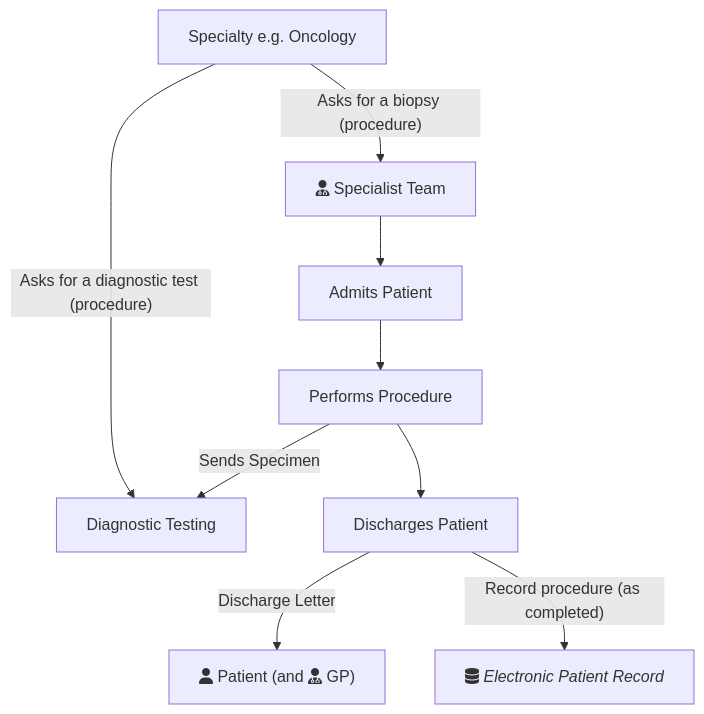
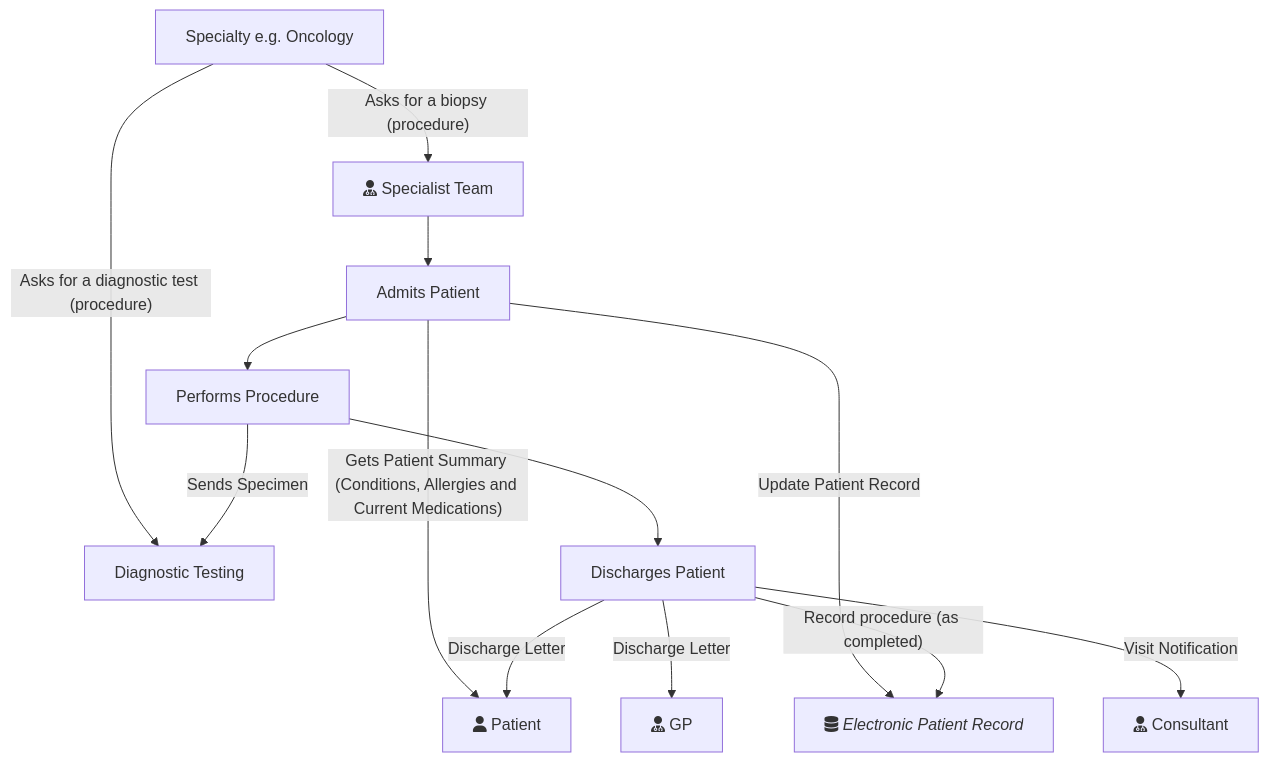
The third of 3 diagrams in input/pagecontent/index.md (uk-gov-mirror/nw-gmsa.nw-gmsa.github.com), drawn with Mermaid before and after one commit. The commit also changed other lines of this file, not shown here.

Commit message:
Diagnostic Implication

````diff
--- a/input/pagecontent/index.md
+++ b/input/pagecontent/index.md
@@ -77,12 +80,16 @@
 ```mermaid
 graph TD;
 
     Oncology[Specialty e.g. Oncology] --> |"Asks for a biopsy (procedure)"| SpecialistTeam[fas:fa-user-md Specialist Team]
     Oncology --> |"Asks for a diagnostic test (procedure)"| DiagnosticTesting[Diagnostic Testing]
     SpecialistTeam --> Admits[Admits Patient]
     Admits --> Performs[Performs Procedure]
+    Admits --> |"Gets Patient Summary <br/>(Conditions, Allergies and Current Medications)"| Patient
+    Admits --> |Update Patient Record| EPR
     Performs --> Discharge[Discharges Patient]
     Performs --> |Sends Specimen| DiagnosticTesting
-    Discharge --> |Discharge Letter| Patient["fas:fa-user Patient (and fas:fa-user-md GP)"]
+    Discharge --> |Discharge Letter| Patient["fas:fa-user Patient"]
+    Discharge --> |Discharge Letter| GP["fas:fa-user-md GP"]
     Discharge --> |"Record procedure (as completed)"| EPR["fas:fa-database <i>Electronic Patient Record</i>"]
+    Discharge --> |Visit Notification| Consultant[fas:fa-user-md Consultant]
 ```
````
